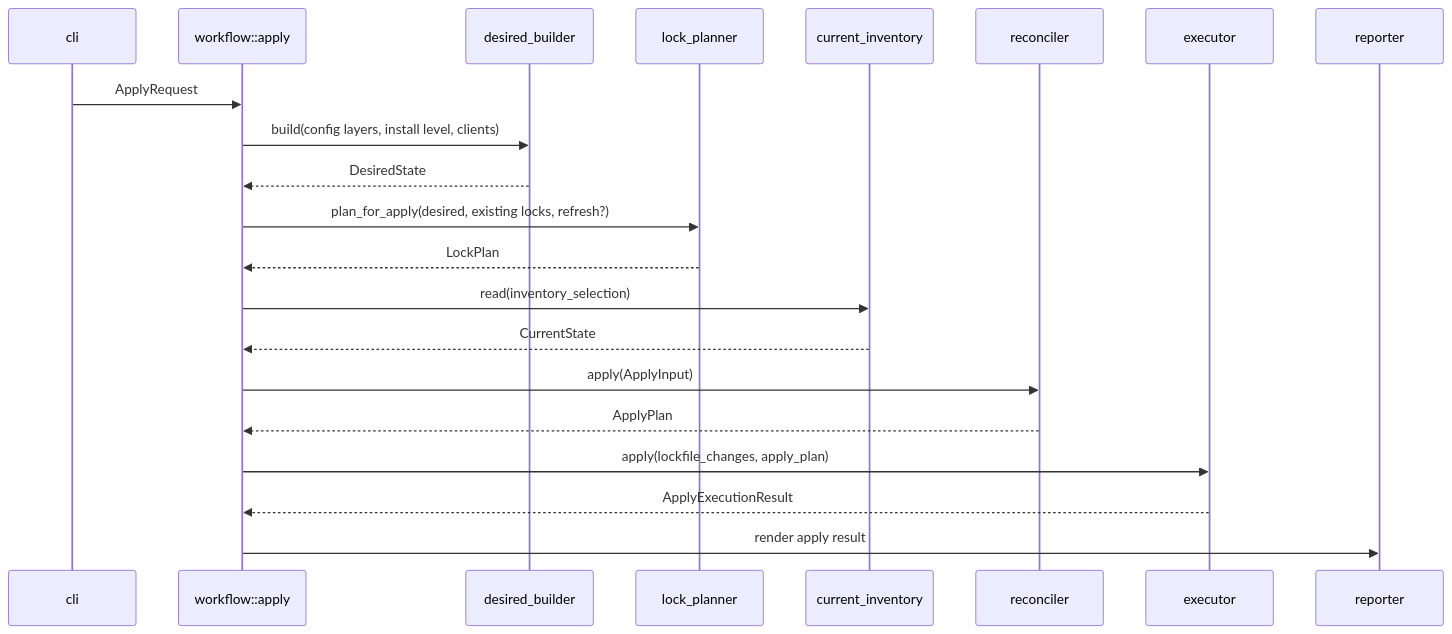
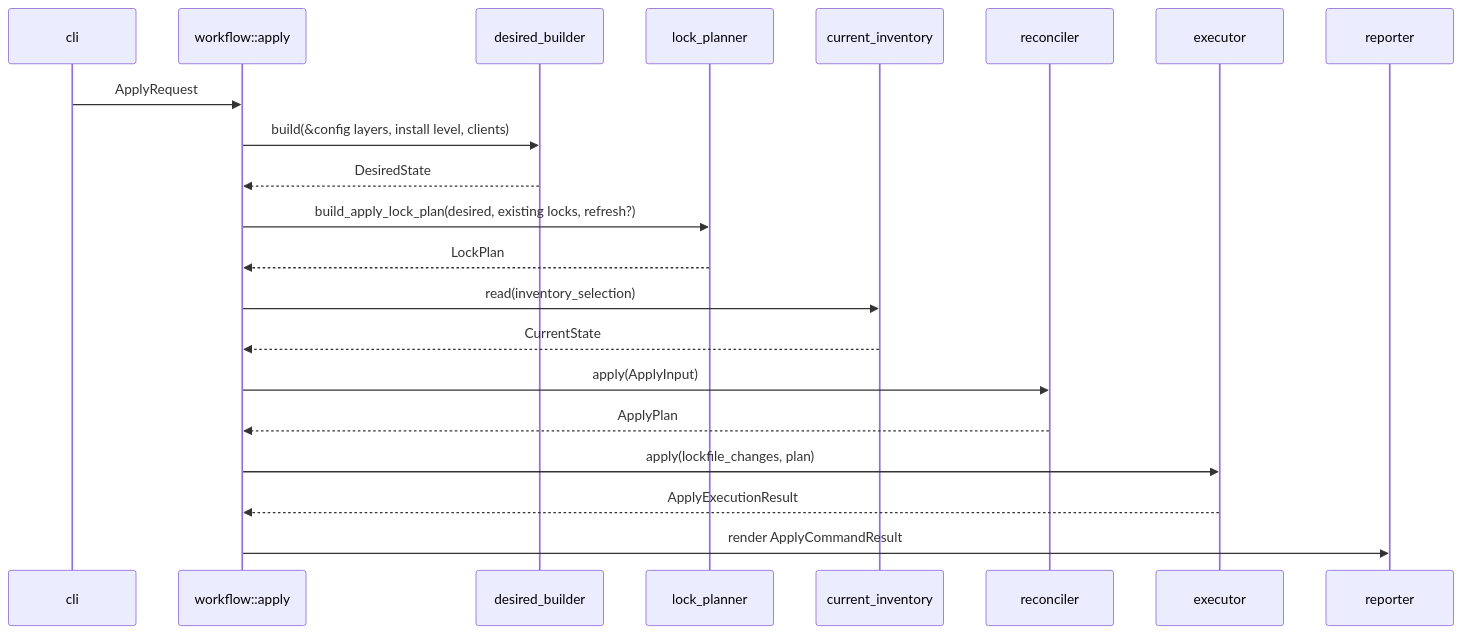
The sixth of 6 diagrams in docs/design-v1.md (big-sw-little-sw/agentcfg), drawn with Mermaid before and after one commit. The commit also changed other lines of this file and 32 other files, not shown here.

````diff
--- a/docs/design-v1.md
+++ b/docs/design-v1.md
@@ -550,24 +565,24 @@
 ```mermaid
 sequenceDiagram
     participant CLI as cli
     participant UseCase as workflow::apply
     participant Desired as desired_builder
     participant Lock as lock_planner
     participant Inventory as current_inventory
     participant Reconciler as reconciler
     participant Executor as executor
     participant Reporter as reporter
 
     CLI->>UseCase: ApplyRequest
-    UseCase->>Desired: build(config layers, install level, clients)
+    UseCase->>Desired: build(&config layers, install level, clients)
     Desired-->>UseCase: DesiredState
-    UseCase->>Lock: plan_for_apply(desired, existing locks, refresh?)
+    UseCase->>Lock: build_apply_lock_plan(desired, existing locks, refresh?)
     Lock-->>UseCase: LockPlan
     UseCase->>Inventory: read(inventory_selection)
     Inventory-->>UseCase: CurrentState
     UseCase->>Reconciler: apply(ApplyInput)
     Reconciler-->>UseCase: ApplyPlan
-    UseCase->>Executor: apply(lockfile_changes, apply_plan)
+    UseCase->>Executor: apply(lockfile_changes, plan)
     Executor-->>UseCase: ApplyExecutionResult
-    UseCase->>Reporter: render apply result
+    UseCase->>Reporter: render ApplyCommandResult
 ```
````
